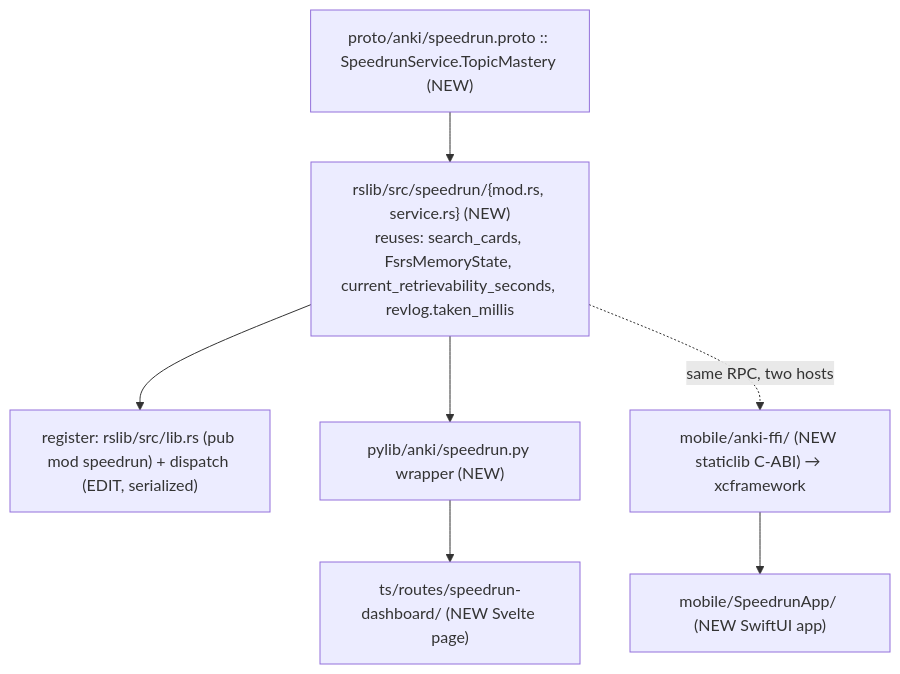
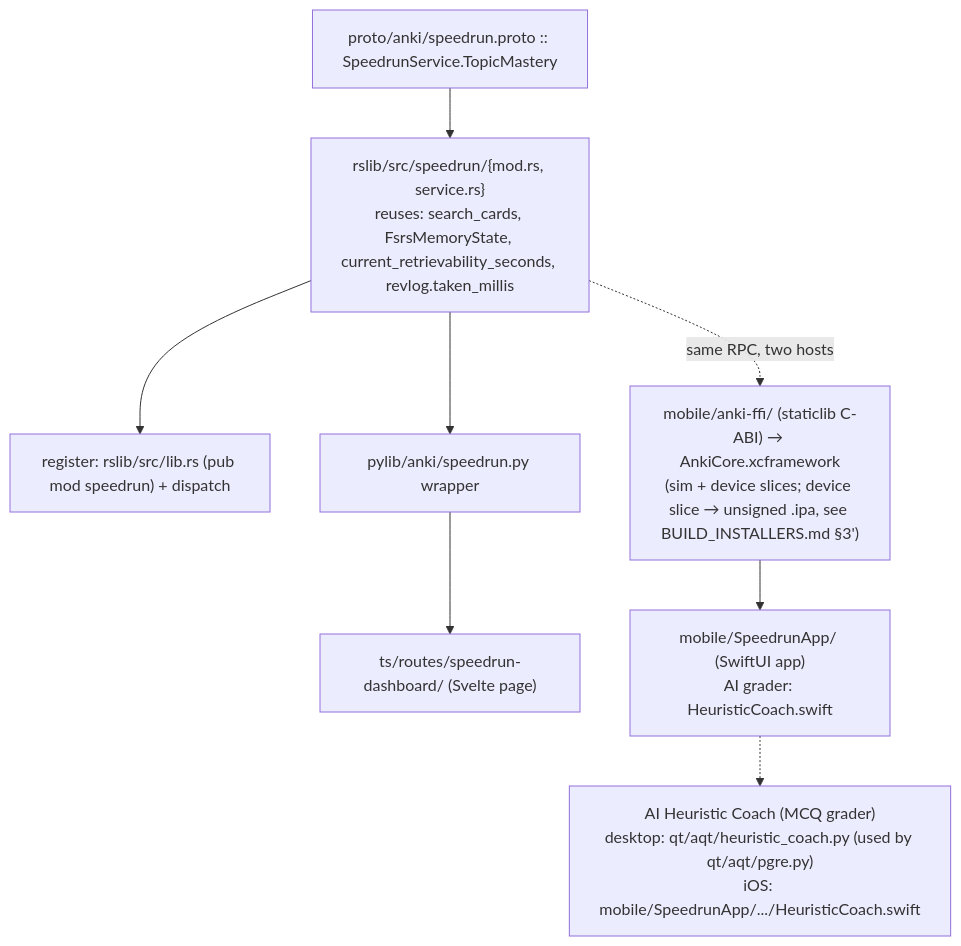
Before and after one commit to Gaurav-G141/anki: the ninth of 9 diagrams in CODE_MAP.md, drawn with Mermaid. The commit also changed other lines of this file and 40 other files, not shown here.

````diff
--- a/CODE_MAP.md
+++ b/CODE_MAP.md
@@ -226,15 +226,17 @@
 ```mermaid
 flowchart TD
-    NPROTO["proto/anki/speedrun.proto :: SpeedrunService.TopicMastery (NEW)"]
-    NMOD["rslib/src/speedrun/{mod.rs, service.rs} (NEW)<br/>reuses: search_cards, FsrsMemoryState, current_retrievability_seconds, revlog.taken_millis"]
-    REG["register: rslib/src/lib.rs (pub mod speedrun) + dispatch (EDIT, serialized)"]
-    NPY["pylib/anki/speedrun.py wrapper (NEW)"]
-    NTS["ts/routes/speedrun-dashboard/ (NEW Svelte page)"]
-    NFFI["mobile/anki-ffi/ (NEW staticlib C-ABI) → xcframework"]
-    NIOS["mobile/SpeedrunApp/ (NEW SwiftUI app)"]
+    NPROTO["proto/anki/speedrun.proto :: SpeedrunService.TopicMastery"]
+    NMOD["rslib/src/speedrun/{mod.rs, service.rs}<br/>reuses: search_cards, FsrsMemoryState, current_retrievability_seconds, revlog.taken_millis"]
+    REG["register: rslib/src/lib.rs (pub mod speedrun) + dispatch"]
+    NPY["pylib/anki/speedrun.py wrapper"]
+    NTS["ts/routes/speedrun-dashboard/ (Svelte page)"]
+    NFFI["mobile/anki-ffi/ (staticlib C-ABI) → AnkiCore.xcframework<br/>(sim + device slices; device slice → unsigned .ipa, see BUILD_INSTALLERS.md §3')"]
+    NIOS["mobile/SpeedrunApp/ (SwiftUI app)<br/>AI grader: HeuristicCoach.swift"]
+    NCOACH["AI Heuristic Coach (MCQ grader)<br/>desktop: qt/aqt/heuristic_coach.py (used by qt/aqt/pgre.py)<br/>iOS: mobile/SpeedrunApp/.../HeuristicCoach.swift"]
 
     NPROTO --> NMOD --> REG
     NMOD --> NPY --> NTS
     NFFI --> NIOS
     NMOD -.->|"same RPC, two hosts"| NFFI
+    NIOS -.-> NCOACH
 ```
````
